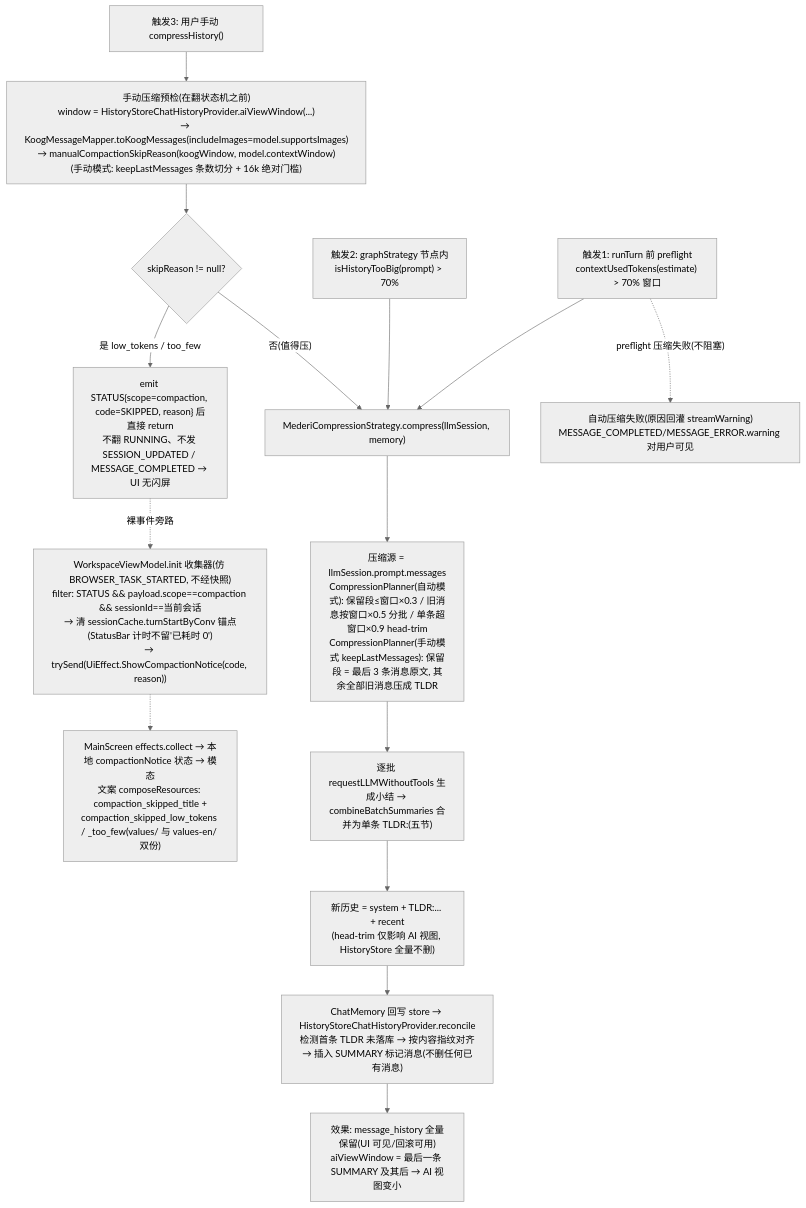
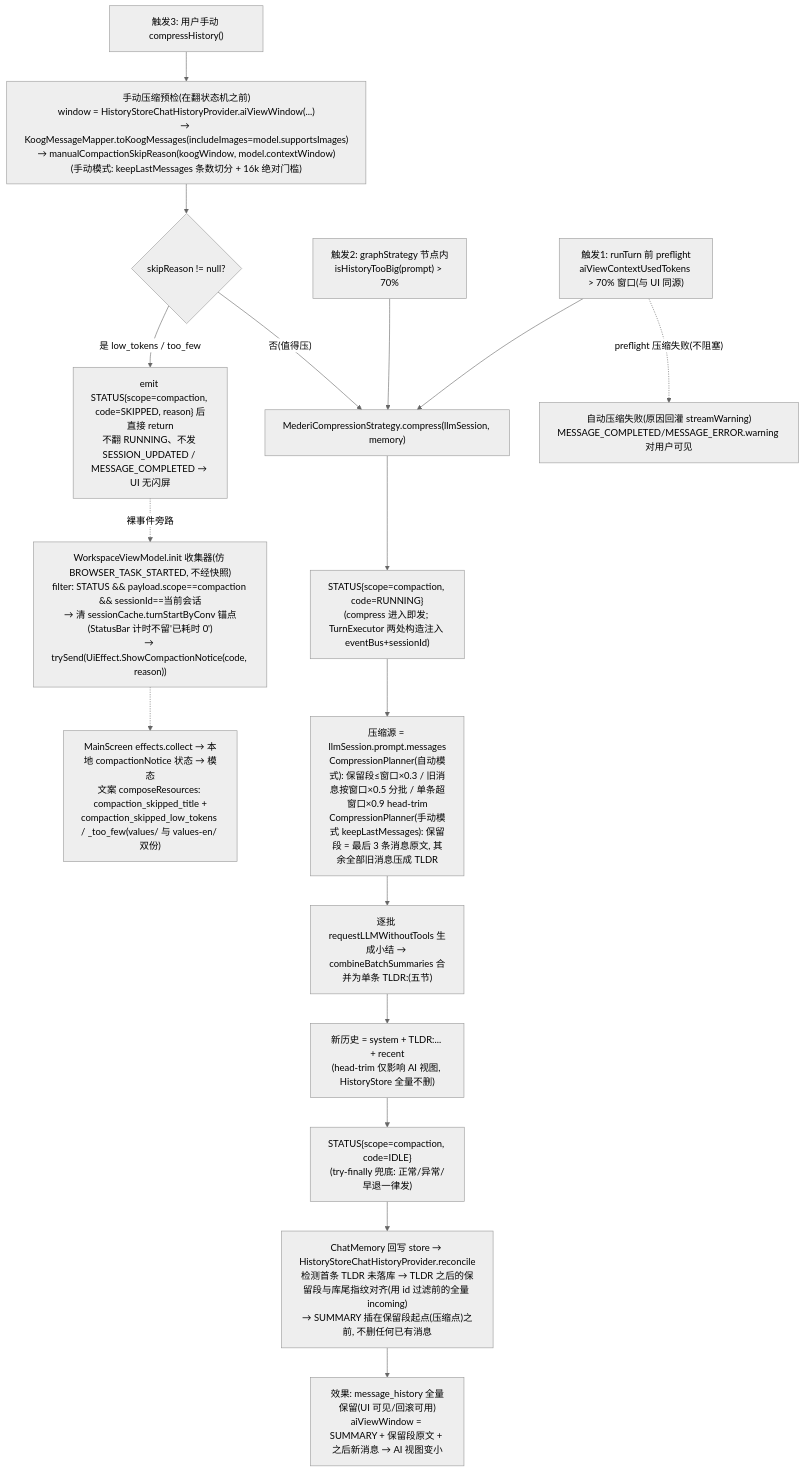
One commit to lzdev42/mederi changed the eighth of 18 diagrams in docs/architecture/04-flows.md. Above: the diagram before and after it, drawn with Mermaid (neutral theme). The commit also changed other lines of this file and 95 other files, not shown here.

First line of the commit message:
refactor(prompt+compaction): unify context-usage truth source; extract shared prompt principles

````diff
--- a/docs/architecture/04-flows.md
+++ b/docs/architecture/04-flows.md
@@ -296,19 +298,21 @@
 ```mermaid
 flowchart TD
-    A["触发1: runTurn 前 preflight<br/>contextUsedTokens(estimate) > 70% 窗口"]
+    A["触发1: runTurn 前 preflight<br/>aiViewContextUsedTokens > 70% 窗口(与 UI 同源)"]
     B["触发2: graphStrategy 节点内<br/>isHistoryTooBig(prompt) > 70%"]
     C["触发3: 用户手动 compressHistory()"]
     A & B --> D["MederiCompressionStrategy.compress(llmSession, memory)"]
     C --> P["手动压缩预检(在翻状态机之前)<br/>window = HistoryStoreChatHistoryProvider.aiViewWindow(...)<br/>→ KoogMessageMapper.toKoogMessages(includeImages=model.supportsImages)<br/>→ manualCompactionSkipReason(koogWindow, model.contextWindow)<br/>(手动模式: keepLastMessages 条数切分 + 16k 绝对门槛)"]
     P --> S{"skipReason != null?"}
     S -- "否(值得压)" --> D
     S -- "是 low_tokens / too_few" --> X["emit STATUS{scope=compaction, code=SKIPPED, reason} 后直接 return<br/>不翻 RUNNING、不发 SESSION_UPDATED / MESSAGE_COMPLETED → UI 无闪屏"]
     X -. 裸事件旁路.-> U["WorkspaceViewModel.init 收集器(仿 BROWSER_TASK_STARTED, 不经快照)<br/>filter: STATUS && payload.scope==compaction && sessionId==当前会话<br/>→ 清 sessionCache.turnStartByConv 锚点(StatusBar 计时不留'已耗时 0')<br/>→ trySend(UiEffect.ShowCompactionNotice(code, reason))"]
     U -.-> V["MainScreen effects.collect → 本地 compactionNotice 状态 → 模态<br/>文案 composeResources: compaction_skipped_title +<br/>compaction_skipped_low_tokens / _too_few(values/ 与 values-en/ 双份)"]
-    D --> E["压缩源 = llmSession.prompt.messages<br/>CompressionPlanner(自动模式): 保留段≤窗口×0.3 / 旧消息按窗口×0.5 分批 / 单条超窗口×0.9 head-trim<br/>CompressionPlanner(手动模式 keepLastMessages): 保留段 = 最后 3 条消息原文, 其余全部旧消息压成 TLDR"]
+    D --> D1["STATUS{scope=compaction, code=RUNNING}<br/>(compress 进入即发; TurnExecutor 两处构造注入 eventBus+sessionId)"]
+    D1 --> E["压缩源 = llmSession.prompt.messages<br/>CompressionPlanner(自动模式): 保留段≤窗口×0.3 / 旧消息按窗口×0.5 分批 / 单条超窗口×0.9 head-trim<br/>CompressionPlanner(手动模式 keepLastMessages): 保留段 = 最后 3 条消息原文, 其余全部旧消息压成 TLDR"]
     E --> F["逐批 requestLLMWithoutTools 生成小结 → combineBatchSummaries 合并为单条 TLDR:(五节)"]
     F --> G["新历史 = system + TLDR:... + recent<br/>(head-trim 仅影响 AI 视图, HistoryStore 全量不删)"]
-    G --> H["ChatMemory 回写 store → HistoryStoreChatHistoryProvider.reconcile<br/>检测首条 TLDR 未落库 → 按内容指纹对齐<br/>→ 插入 SUMMARY 标记消息(不删任何已有消息)"]
-    H --> I["效果: message_history 全量保留(UI 可见/回滚可用)<br/>aiViewWindow = 最后一条 SUMMARY 及其后 → AI 视图变小"]
+    G --> H1["STATUS{scope=compaction, code=IDLE}<br/>(try-finally 兜底: 正常/异常/早退一律发)"]
+    H1 --> H["ChatMemory 回写 store → HistoryStoreChatHistoryProvider.reconcile<br/>检测首条 TLDR 未落库 → TLDR 之后的保留段与库尾指纹对齐(用 id 过滤前的全量 incoming)<br/>→ SUMMARY 插在保留段起点(压缩点)之前, 不删任何已有消息"]
+    H --> I["效果: message_history 全量保留(UI 可见/回滚可用)<br/>aiViewWindow = SUMMARY + 保留段原文 + 之后新消息 → AI 视图变小"]
     A -. preflight 压缩失败(不阻塞).-> W["自动压缩失败(原因回灌 streamWarning)<br/>MESSAGE_COMPLETED/MESSAGE_ERROR.warning 对用户可见"]
 ```
````
